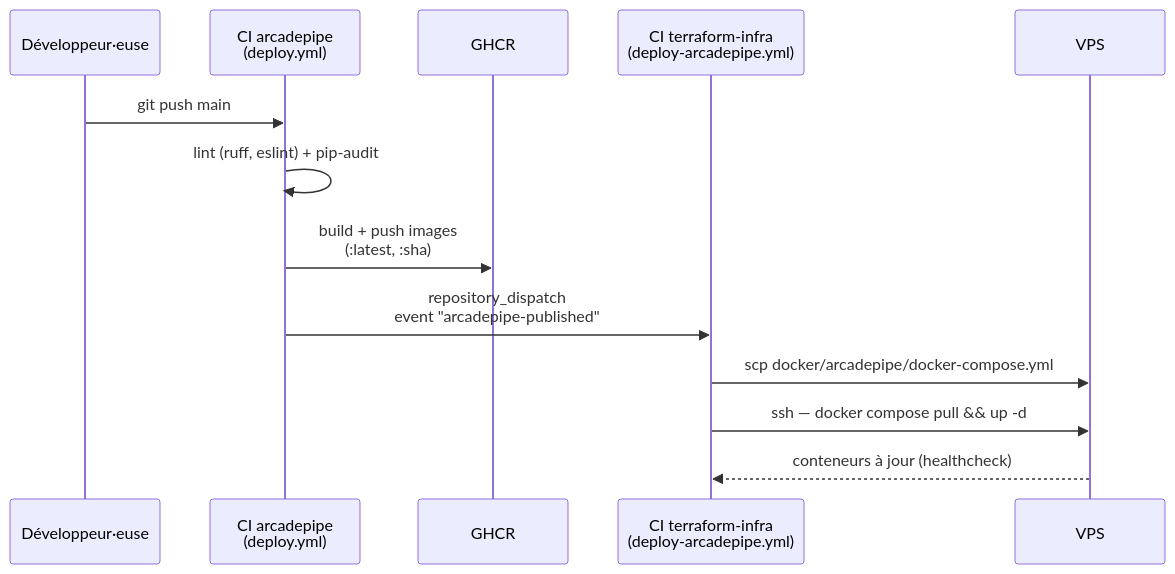
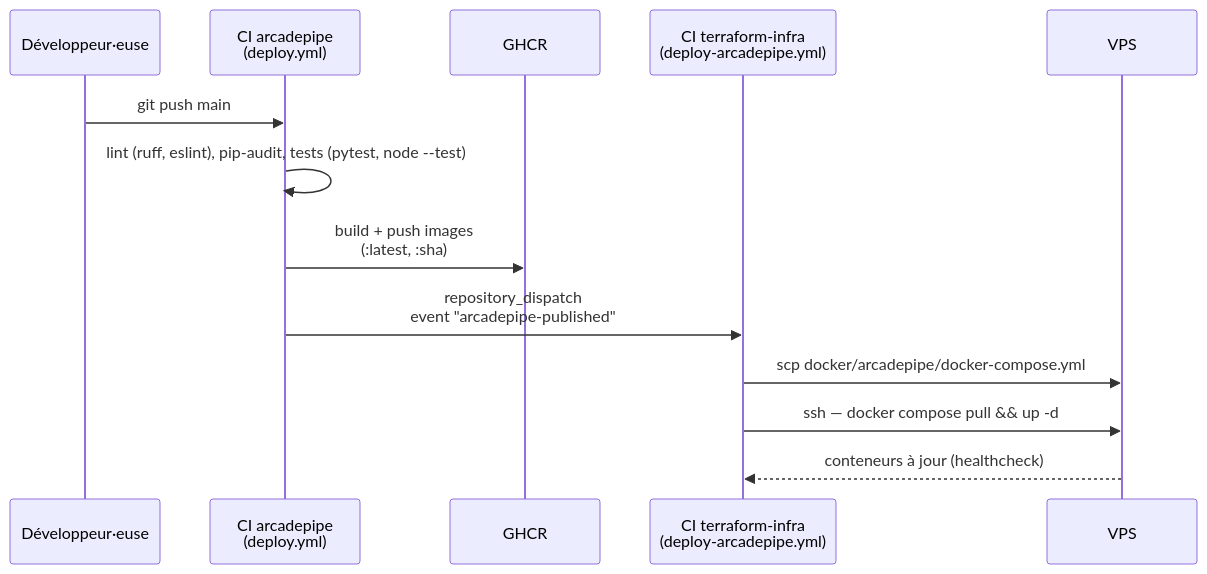
One commit to pazpop/terraform-infra-pazpop-hetzner changed the diagram in docs/ci-cd.md. Above: the diagram before and after it, drawn with Mermaid. The commit also changed 2 other files, not shown here.

Commit message:
arcadepipe : CORS limité à l'origine de prod ; diagramme CI à jour ; commentaire redondant retiré

````diff
--- a/docs/ci-cd.md
+++ b/docs/ci-cd.md
@@ -5,16 +5,16 @@
 ```mermaid
 sequenceDiagram
     participant Dev as Développeur·euse
     participant AP as CI arcadepipe<br/>(deploy.yml)
     participant GHCR
     participant TI as CI terraform-infra<br/>(deploy-arcadepipe.yml)
     participant VPS
 
     Dev->>AP: git push main
-    AP->>AP: lint (ruff, eslint) + pip-audit
+    AP->>AP: lint (ruff, eslint), pip-audit, tests (pytest, node --test)
     AP->>GHCR: build + push images<br/>(:latest, :sha)
     AP->>TI: repository_dispatch<br/>event "arcadepipe-published"
     TI->>VPS: scp docker/arcadepipe/docker-compose.yml
     TI->>VPS: ssh — docker compose pull && up -d
     VPS-->>TI: conteneurs à jour (healthcheck)
 ```
````
